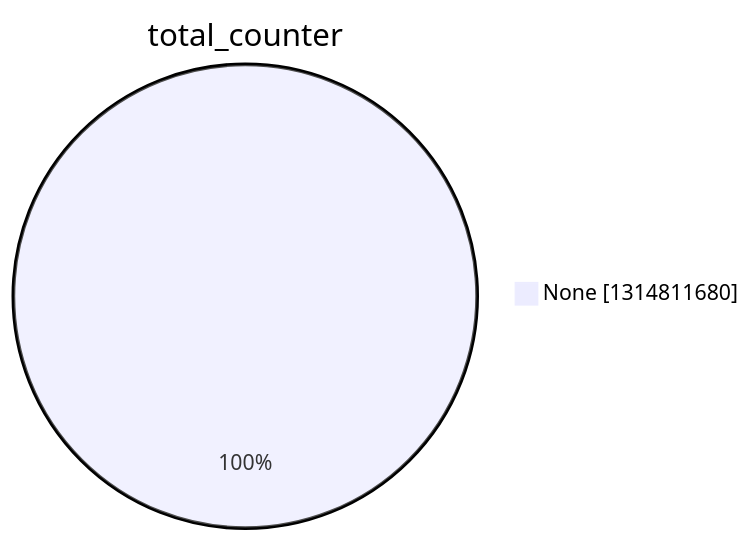
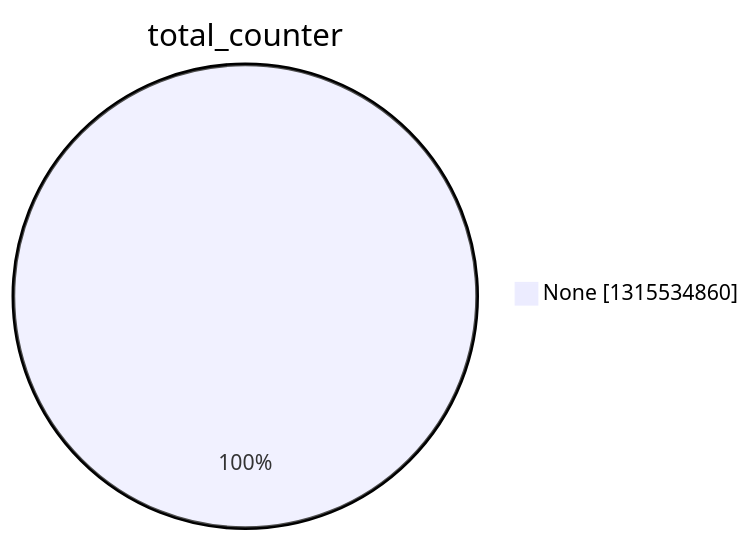
The second of 15 diagrams in argon2022/README.md (christiankrug/ctmonitor_visualization), drawn with Mermaid before and after one commit. The commit also changed other lines of this file, not shown here.

````diff
--- a/argon2022/README.md
+++ b/argon2022/README.md
@@ -9,5 +9,5 @@
 ```mermaid
 pie showData
 title total_counter
-"None" :1314811680
+"None" :1315534860
 ```
````
